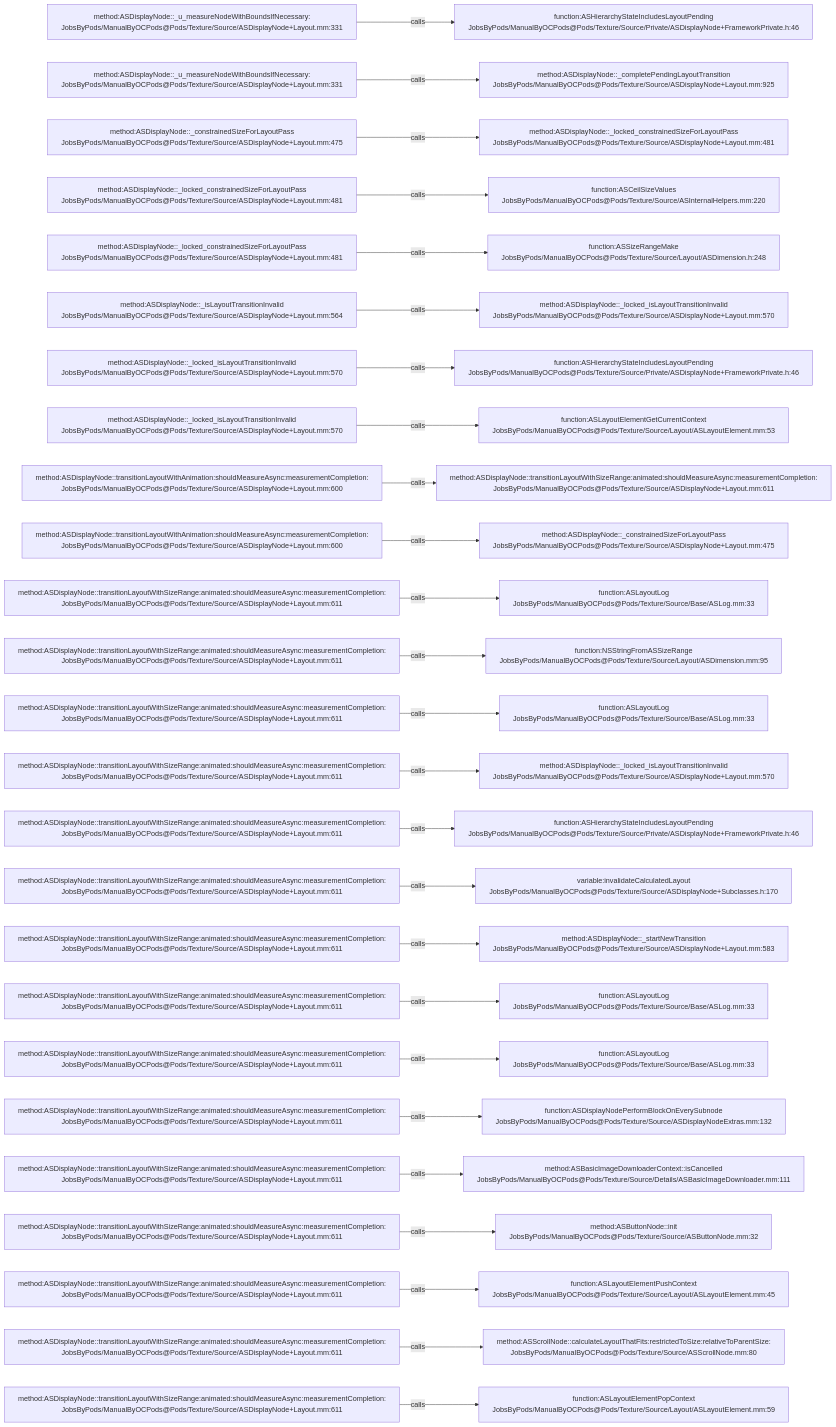
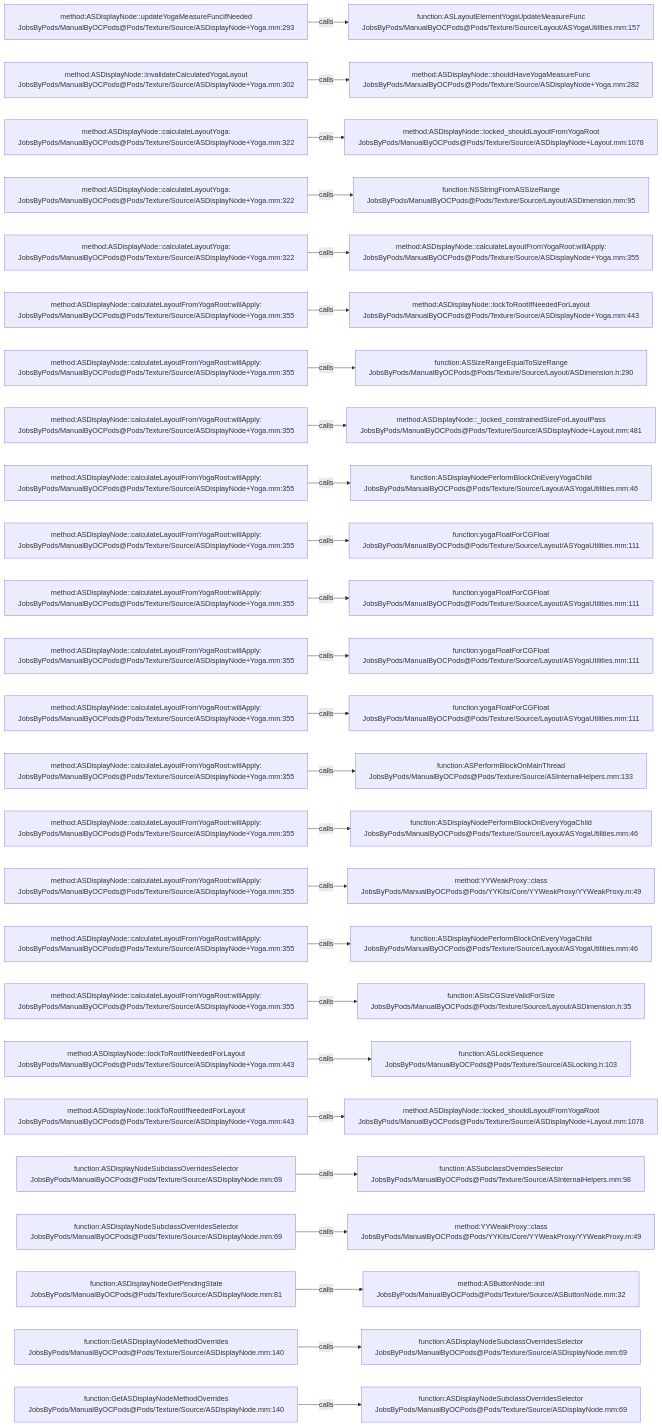
The diagram in .codegraph/codegraph.md/graphs/calls-093.md (JobsKits/JobsOCBaseConfigDemo), drawn with Mermaid before and after one commit. The commit also changed 1353 other files, not shown here.

````diff
--- a/.codegraph/codegraph.md/graphs/calls-093.md
+++ b/.codegraph/codegraph.md/graphs/calls-093.md
@@ -13,78 +13,78 @@
 ```mermaid
 flowchart LR
-  S1["method:ASDisplayNode::_u_measureNodeWithBoundsIfNecessary:<br/>JobsByPods/ManualByOCPods@Pods/Texture/Source/ASDisplayNode+Layout.mm:331"]
-  T1["function:ASHierarchyStateIncludesLayoutPending<br/>JobsByPods/ManualByOCPods@Pods/Texture/Source/Private/ASDisplayNode+FrameworkPrivate.h:46"]
+  S1["method:ASDisplayNode::updateYogaMeasureFuncIfNeeded<br/>JobsByPods/ManualByOCPods@Pods/Texture/Source/ASDisplayNode+Yoga.mm:293"]
+  T1["function:ASLayoutElementYogaUpdateMeasureFunc<br/>JobsByPods/ManualByOCPods@Pods/Texture/Source/Layout/ASYogaUtilities.mm:157"]
   S1 -->|calls| T1
-  S2["method:ASDisplayNode::_u_measureNodeWithBoundsIfNecessary:<br/>JobsByPods/ManualByOCPods@Pods/Texture/Source/ASDisplayNode+Layout.mm:331"]
-  T2["method:ASDisplayNode::_completePendingLayoutTransition<br/>JobsByPods/ManualByOCPods@Pods/Texture/Source/ASDisplayNode+Layout.mm:925"]
+  S2["method:ASDisplayNode::invalidateCalculatedYogaLayout<br/>JobsByPods/ManualByOCPods@Pods/Texture/Source/ASDisplayNode+Yoga.mm:302"]
+  T2["method:ASDisplayNode::shouldHaveYogaMeasureFunc<br/>JobsByPods/ManualByOCPods@Pods/Texture/Source/ASDisplayNode+Yoga.mm:282"]
   S2 -->|calls| T2
-  S3["method:ASDisplayNode::_constrainedSizeForLayoutPass<br/>JobsByPods/ManualByOCPods@Pods/Texture/Source/ASDisplayNode+Layout.mm:475"]
-  T3["method:ASDisplayNode::_locked_constrainedSizeForLayoutPass<br/>JobsByPods/ManualByOCPods@Pods/Texture/Source/ASDisplayNode+Layout.mm:481"]
+  S3["method:ASDisplayNode::calculateLayoutYoga:<br/>JobsByPods/ManualByOCPods@Pods/Texture/Source/ASDisplayNode+Yoga.mm:322"]
+  T3["method:ASDisplayNode::locked_shouldLayoutFromYogaRoot<br/>JobsByPods/ManualByOCPods@Pods/Texture/Source/ASDisplayNode+Layout.mm:1078"]
   S3 -->|calls| T3
-  S4["method:ASDisplayNode::_locked_constrainedSizeForLayoutPass<br/>JobsByPods/ManualByOCPods@Pods/Texture/Source/ASDisplayNode+Layout.mm:481"]
-  T4["function:ASCeilSizeValues<br/>JobsByPods/ManualByOCPods@Pods/Texture/Source/ASInternalHelpers.mm:220"]
+  S4["method:ASDisplayNode::calculateLayoutYoga:<br/>JobsByPods/ManualByOCPods@Pods/Texture/Source/ASDisplayNode+Yoga.mm:322"]
+  T4["function:NSStringFromASSizeRange<br/>JobsByPods/ManualByOCPods@Pods/Texture/Source/Layout/ASDimension.mm:95"]
   S4 -->|calls| T4
-  S5["method:ASDisplayNode::_locked_constrainedSizeForLayoutPass<br/>JobsByPods/ManualByOCPods@Pods/Texture/Source/ASDisplayNode+Layout.mm:481"]
-  T5["function:ASSizeRangeMake<br/>JobsByPods/ManualByOCPods@Pods/Texture/Source/Layout/ASDimension.h:248"]
+  S5["method:ASDisplayNode::calculateLayoutYoga:<br/>JobsByPods/ManualByOCPods@Pods/Texture/Source/ASDisplayNode+Yoga.mm:322"]
+  T5["method:ASDisplayNode::calculateLayoutFromYogaRoot:willApply:<br/>JobsByPods/ManualByOCPods@Pods/Texture/Source/ASDisplayNode+Yoga.mm:355"]
   S5 -->|calls| T5
-  S6["method:ASDisplayNode::_isLayoutTransitionInvalid<br/>JobsByPods/ManualByOCPods@Pods/Texture/Source/ASDisplayNode+Layout.mm:564"]
-  T6["method:ASDisplayNode::_locked_isLayoutTransitionInvalid<br/>JobsByPods/ManualByOCPods@Pods/Texture/Source/ASDisplayNode+Layout.mm:570"]
+  S6["method:ASDisplayNode::calculateLayoutFromYogaRoot:willApply:<br/>JobsByPods/ManualByOCPods@Pods/Texture/Source/ASDisplayNode+Yoga.mm:355"]
+  T6["method:ASDisplayNode::lockToRootIfNeededForLayout<br/>JobsByPods/ManualByOCPods@Pods/Texture/Source/ASDisplayNode+Yoga.mm:443"]
   S6 -->|calls| T6
-  S7["method:ASDisplayNode::_locked_isLayoutTransitionInvalid<br/>JobsByPods/ManualByOCPods@Pods/Texture/Source/ASDisplayNode+Layout.mm:570"]
-  T7["function:ASHierarchyStateIncludesLayoutPending<br/>JobsByPods/ManualByOCPods@Pods/Texture/Source/Private/ASDisplayNode+FrameworkPrivate.h:46"]
+  S7["method:ASDisplayNode::calculateLayoutFromYogaRoot:willApply:<br/>JobsByPods/ManualByOCPods@Pods/Texture/Source/ASDisplayNode+Yoga.mm:355"]
+  T7["function:ASSizeRangeEqualToSizeRange<br/>JobsByPods/ManualByOCPods@Pods/Texture/Source/Layout/ASDimension.h:290"]
   S7 -->|calls| T7
-  S8["method:ASDisplayNode::_locked_isLayoutTransitionInvalid<br/>JobsByPods/ManualByOCPods@Pods/Texture/Source/ASDisplayNode+Layout.mm:570"]
-  T8["function:ASLayoutElementGetCurrentContext<br/>JobsByPods/ManualByOCPods@Pods/Texture/Source/Layout/ASLayoutElement.mm:53"]
+  S8["method:ASDisplayNode::calculateLayoutFromYogaRoot:willApply:<br/>JobsByPods/ManualByOCPods@Pods/Texture/Source/ASDisplayNode+Yoga.mm:355"]
+  T8["method:ASDisplayNode::_locked_constrainedSizeForLayoutPass<br/>JobsByPods/ManualByOCPods@Pods/Texture/Source/ASDisplayNode+Layout.mm:481"]
   S8 -->|calls| T8
-  S9["method:ASDisplayNode::transitionLayoutWithAnimation:shouldMeasureAsync:measurementCompletion:<br/>JobsByPods/ManualByOCPods@Pods/Texture/Source/ASDisplayNode+Layout.mm:600"]
-  T9["method:ASDisplayNode::transitionLayoutWithSizeRange:animated:shouldMeasureAsync:measurementCompletion:<br/>JobsByPods/ManualByOCPods@Pods/Texture/Source/ASDisplayNode+Layout.mm:611"]
+  S9["method:ASDisplayNode::calculateLayoutFromYogaRoot:willApply:<br/>JobsByPods/ManualByOCPods@Pods/Texture/Source/ASDisplayNode+Yoga.mm:355"]
+  T9["function:ASDisplayNodePerformBlockOnEveryYogaChild<br/>JobsByPods/ManualByOCPods@Pods/Texture/Source/Layout/ASYogaUtilities.mm:46"]
   S9 -->|calls| T9
-  S10["method:ASDisplayNode::transitionLayoutWithAnimation:shouldMeasureAsync:measurementCompletion:<br/>JobsByPods/ManualByOCPods@Pods/Texture/Source/ASDisplayNode+Layout.mm:600"]
-  T10["method:ASDisplayNode::_constrainedSizeForLayoutPass<br/>JobsByPods/ManualByOCPods@Pods/Texture/Source/ASDisplayNode+Layout.mm:475"]
+  S10["method:ASDisplayNode::calculateLayoutFromYogaRoot:willApply:<br/>JobsByPods/ManualByOCPods@Pods/Texture/Source/ASDisplayNode+Yoga.mm:355"]
+  T10["function:yogaFloatForCGFloat<br/>JobsByPods/ManualByOCPods@Pods/Texture/Source/Layout/ASYogaUtilities.mm:111"]
   S10 -->|calls| T10
-  S11["method:ASDisplayNode::transitionLayoutWithSizeRange:animated:shouldMeasureAsync:measurementCompletion:<br/>JobsByPods/ManualByOCPods@Pods/Texture/Source/ASDisplayNode+Layout.mm:611"]
-  T11["function:ASLayoutLog<br/>JobsByPods/ManualByOCPods@Pods/Texture/Source/Base/ASLog.mm:33"]
+  S11["method:ASDisplayNode::calculateLayoutFromYogaRoot:willApply:<br/>JobsByPods/ManualByOCPods@Pods/Texture/Source/ASDisplayNode+Yoga.mm:355"]
+  T11["function:yogaFloatForCGFloat<br/>JobsByPods/ManualByOCPods@Pods/Texture/Source/Layout/ASYogaUtilities.mm:111"]
   S11 -->|calls| T11
-  S12["method:ASDisplayNode::transitionLayoutWithSizeRange:animated:shouldMeasureAsync:measurementCompletion:<br/>JobsByPods/ManualByOCPods@Pods/Texture/Source/ASDisplayNode+Layout.mm:611"]
-  T12["function:NSStringFromASSizeRange<br/>JobsByPods/ManualByOCPods@Pods/Texture/Source/Layout/ASDimension.mm:95"]
+  S12["method:ASDisplayNode::calculateLayoutFromYogaRoot:willApply:<br/>JobsByPods/ManualByOCPods@Pods/Texture/Source/ASDisplayNode+Yoga.mm:355"]
+  T12["function:yogaFloatForCGFloat<br/>JobsByPods/ManualByOCPods@Pods/Texture/Source/Layout/ASYogaUtilities.mm:111"]
   S12 -->|calls| T12
-  S13["method:ASDisplayNode::transitionLayoutWithSizeRange:animated:shouldMeasureAsync:measurementCompletion:<br/>JobsByPods/ManualByOCPods@Pods/Texture/Source/ASDisplayNode+Layout.mm:611"]
-  T13["function:ASLayoutLog<br/>JobsByPods/ManualByOCPods@Pods/Texture/Source/Base/ASLog.mm:33"]
+  S13["method:ASDisplayNode::calculateLayoutFromYogaRoot:willApply:<br/>JobsByPods/ManualByOCPods@Pods/Texture/Source/ASDisplayNode+Yoga.mm:355"]
+  T13["function:yogaFloatForCGFloat<br/>JobsByPods/ManualByOCPods@Pods/Texture/Source/Layout/ASYogaUtilities.mm:111"]
   S13 -->|calls| T13
-  S14["method:ASDisplayNode::transitionLayoutWithSizeRange:animated:shouldMeasureAsync:measurementCompletion:<br/>JobsByPods/ManualByOCPods@Pods/Texture/Source/ASDisplayNode+Layout.mm:611"]
-  T14["method:ASDisplayNode::_locked_isLayoutTransitionInvalid<br/>JobsByPods/ManualByOCPods@Pods/Texture/Source/ASDisplayNode+Layout.mm:570"]
+  S14["method:ASDisplayNode::calculateLayoutFromYogaRoot:willApply:<br/>JobsByPods/ManualByOCPods@Pods/Texture/Source/ASDisplayNode+Yoga.mm:355"]
+  T14["function:ASPerformBlockOnMainThread<br/>JobsByPods/ManualByOCPods@Pods/Texture/Source/ASInternalHelpers.mm:133"]
   S14 -->|calls| T14
-  S15["method:ASDisplayNode::transitionLayoutWithSizeRange:animated:shouldMeasureAsync:measurementCompletion:<br/>JobsByPods/ManualByOCPods@Pods/Texture/Source/ASDisplayNode+Layout.mm:611"]
-  T15["function:ASHierarchyStateIncludesLayoutPending<br/>JobsByPods/ManualByOCPods@Pods/Texture/Source/Private/ASDisplayNode+FrameworkPrivate.h:46"]
+  S15["method:ASDisplayNode::calculateLayoutFromYogaRoot:willApply:<br/>JobsByPods/ManualByOCPods@Pods/Texture/Source/ASDisplayNode+Yoga.mm:355"]
+  T15["function:ASDisplayNodePerformBlockOnEveryYogaChild<br/>JobsByPods/ManualByOCPods@Pods/Texture/Source/Layout/ASYogaUtilities.mm:46"]
   S15 -->|calls| T15
-  S16["method:ASDisplayNode::transitionLayoutWithSizeRange:animated:shouldMeasureAsync:measurementCompletion:<br/>JobsByPods/ManualByOCPods@Pods/Texture/Source/ASDisplayNode+Layout.mm:611"]
-  T16["variable:invalidateCalculatedLayout<br/>JobsByPods/ManualByOCPods@Pods/Texture/Source/ASDisplayNode+Subclasses.h:170"]
+  S16["method:ASDisplayNode::calculateLayoutFromYogaRoot:willApply:<br/>JobsByPods/ManualByOCPods@Pods/Texture/Source/ASDisplayNode+Yoga.mm:355"]
+  T16["method:YYWeakProxy::class<br/>JobsByPods/ManualByOCPods@Pods/YYKits/Core/YYWeakProxy/YYWeakProxy.m:49"]
   S16 -->|calls| T16
-  S17["method:ASDisplayNode::transitionLayoutWithSizeRange:animated:shouldMeasureAsync:measurementCompletion:<br/>JobsByPods/ManualByOCPods@Pods/Texture/Source/ASDisplayNode+Layout.mm:611"]
-  T17["method:ASDisplayNode::_startNewTransition<br/>JobsByPods/ManualByOCPods@Pods/Texture/Source/ASDisplayNode+Layout.mm:583"]
+  S17["method:ASDisplayNode::calculateLayoutFromYogaRoot:willApply:<br/>JobsByPods/ManualByOCPods@Pods/Texture/Source/ASDisplayNode+Yoga.mm:355"]
+  T17["function:ASDisplayNodePerformBlockOnEveryYogaChild<br/>JobsByPods/ManualByOCPods@Pods/Texture/Source/Layout/ASYogaUtilities.mm:46"]
   S17 -->|calls| T17
-  S18["method:ASDisplayNode::transitionLayoutWithSizeRange:animated:shouldMeasureAsync:measurementCompletion:<br/>JobsByPods/ManualByOCPods@Pods/Texture/Source/ASDisplayNode+Layout.mm:611"]
-  T18["function:ASLayoutLog<br/>JobsByPods/ManualByOCPods@Pods/Texture/Source/Base/ASLog.mm:33"]
+  S18["method:ASDisplayNode::calculateLayoutFromYogaRoot:willApply:<br/>JobsByPods/ManualByOCPods@Pods/Texture/Source/ASDisplayNode+Yoga.mm:355"]
+  T18["function:ASIsCGSizeValidForSize<br/>JobsByPods/ManualByOCPods@Pods/Texture/Source/Layout/ASDimension.h:35"]
   S18 -->|calls| T18
-  S19["method:ASDisplayNode::transitionLayoutWithSizeRange:animated:shouldMeasureAsync:measurementCompletion:<br/>JobsByPods/ManualByOCPods@Pods/Texture/Source/ASDisplayNode+Layout.mm:611"]
-  T19["function:ASLayoutLog<br/>JobsByPods/ManualByOCPods@Pods/Texture/Source/Base/ASLog.mm:33"]
+  S19["method:ASDisplayNode::lockToRootIfNeededForLayout<br/>JobsByPods/ManualByOCPods@Pods/Texture/Source/ASDisplayNode+Yoga.mm:443"]
+  T19["function:ASLockSequence<br/>JobsByPods/ManualByOCPods@Pods/Texture/Source/ASLocking.h:103"]
   S19 -->|calls| T19
-  S20["method:ASDisplayNode::transitionLayoutWithSizeRange:animated:shouldMeasureAsync:measurementCompletion:<br/>JobsByPods/ManualByOCPods@Pods/Texture/Source/ASDisplayNode+Layout.mm:611"]
-  T20["function:ASDisplayNodePerformBlockOnEverySubnode<br/>JobsByPods/ManualByOCPods@Pods/Texture/Source/ASDisplayNodeExtras.mm:132"]
+  S20["method:ASDisplayNode::lockToRootIfNeededForLayout<br/>JobsByPods/ManualByOCPods@Pods/Texture/Source/ASDisplayNode+Yoga.mm:443"]
+  T20["method:ASDisplayNode::locked_shouldLayoutFromYogaRoot<br/>JobsByPods/ManualByOCPods@Pods/Texture/Source/ASDisplayNode+Layout.mm:1078"]
   S20 -->|calls| T20
-  S21["method:ASDisplayNode::transitionLayoutWithSizeRange:animated:shouldMeasureAsync:measurementCompletion:<br/>JobsByPods/ManualByOCPods@Pods/Texture/Source/ASDisplayNode+Layout.mm:611"]
-  T21["method:ASBasicImageDownloaderContext::isCancelled<br/>JobsByPods/ManualByOCPods@Pods/Texture/Source/Details/ASBasicImageDownloader.mm:111"]
+  S21["function:ASDisplayNodeSubclassOverridesSelector<br/>JobsByPods/ManualByOCPods@Pods/Texture/Source/ASDisplayNode.mm:69"]
+  T21["function:ASSubclassOverridesSelector<br/>JobsByPods/ManualByOCPods@Pods/Texture/Source/ASInternalHelpers.mm:98"]
   S21 -->|calls| T21
-  S22["method:ASDisplayNode::transitionLayoutWithSizeRange:animated:shouldMeasureAsync:measurementCompletion:<br/>JobsByPods/ManualByOCPods@Pods/Texture/Source/ASDisplayNode+Layout.mm:611"]
-  T22["method:ASButtonNode::init<br/>JobsByPods/ManualByOCPods@Pods/Texture/Source/ASButtonNode.mm:32"]
+  S22["function:ASDisplayNodeSubclassOverridesSelector<br/>JobsByPods/ManualByOCPods@Pods/Texture/Source/ASDisplayNode.mm:69"]
+  T22["method:YYWeakProxy::class<br/>JobsByPods/ManualByOCPods@Pods/YYKits/Core/YYWeakProxy/YYWeakProxy.m:49"]
   S22 -->|calls| T22
-  S23["method:ASDisplayNode::transitionLayoutWithSizeRange:animated:shouldMeasureAsync:measurementCompletion:<br/>JobsByPods/ManualByOCPods@Pods/Texture/Source/ASDisplayNode+Layout.mm:611"]
-  T23["function:ASLayoutElementPushContext<br/>JobsByPods/ManualByOCPods@Pods/Texture/Source/Layout/ASLayoutElement.mm:45"]
+  S23["function:ASDisplayNodeGetPendingState<br/>JobsByPods/ManualByOCPods@Pods/Texture/Source/ASDisplayNode.mm:81"]
+  T23["method:ASButtonNode::init<br/>JobsByPods/ManualByOCPods@Pods/Texture/Source/ASButtonNode.mm:32"]
   S23 -->|calls| T23
-  S24["method:ASDisplayNode::transitionLayoutWithSizeRange:animated:shouldMeasureAsync:measurementCompletion:<br/>JobsByPods/ManualByOCPods@Pods/Texture/Source/ASDisplayNode+Layout.mm:611"]
-  T24["method:ASScrollNode::calculateLayoutThatFits:restrictedToSize:relativeToParentSize:<br/>JobsByPods/ManualByOCPods@Pods/Texture/Source/ASScrollNode.mm:80"]
+  S24["function:GetASDisplayNodeMethodOverrides<br/>JobsByPods/ManualByOCPods@Pods/Texture/Source/ASDisplayNode.mm:140"]
+  T24["function:ASDisplayNodeSubclassOverridesSelector<br/>JobsByPods/ManualByOCPods@Pods/Texture/Source/ASDisplayNode.mm:69"]
   S24 -->|calls| T24
-  S25["method:ASDisplayNode::transitionLayoutWithSizeRange:animated:shouldMeasureAsync:measurementCompletion:<br/>JobsByPods/ManualByOCPods@Pods/Texture/Source/ASDisplayNode+Layout.mm:611"]
-  T25["function:ASLayoutElementPopContext<br/>JobsByPods/ManualByOCPods@Pods/Texture/Source/Layout/ASLayoutElement.mm:59"]
+  S25["function:GetASDisplayNodeMethodOverrides<br/>JobsByPods/ManualByOCPods@Pods/Texture/Source/ASDisplayNode.mm:140"]
+  T25["function:ASDisplayNodeSubclassOverridesSelector<br/>JobsByPods/ManualByOCPods@Pods/Texture/Source/ASDisplayNode.mm:69"]
   S25 -->|calls| T25
 ```
````
